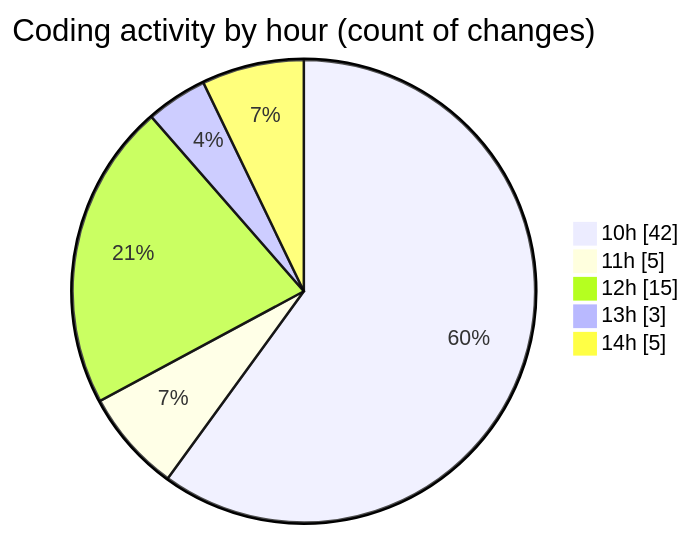
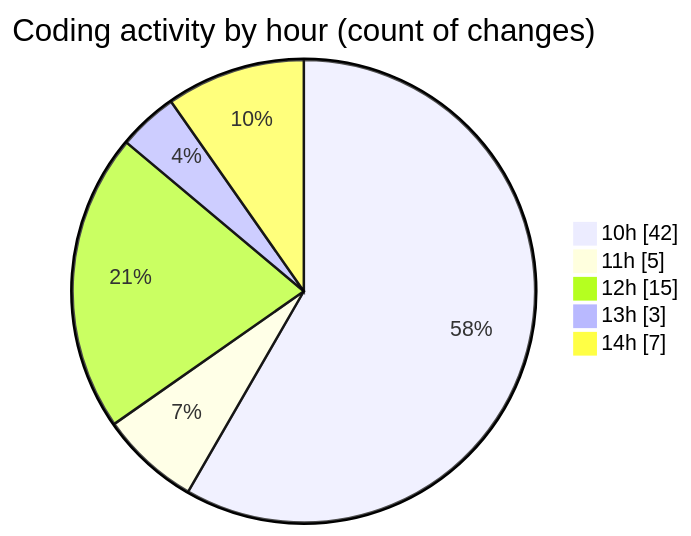
Before and after one commit to nxtqubesakshisongat/code-tracking: the second of 2 diagrams in 2025-08-04/nxtqube_webapp/README.md, drawn with Mermaid. The commit also changed other lines of this file and 1 other file, not shown here.

````diff
--- a/2025-08-04/nxtqube_webapp/README.md
+++ b/2025-08-04/nxtqube_webapp/README.md
@@ -34,9 +34,9 @@
 ```mermaid
 pie showData
 title Coding activity by hour (count of changes)
 "10h" : 42
 "11h" : 5
 "12h" : 15
 "13h" : 3
-"14h" : 5
+"14h" : 7
 ```
````
